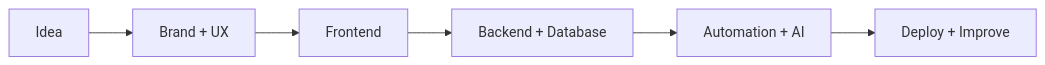
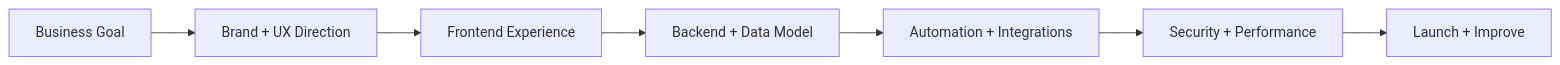
The diagram in README.md (mr-socialmedia/mr-socialmedia), drawn with Mermaid before and after one commit. The commit also changed other lines of this file, not shown here.

````diff
--- a/README.md
+++ b/README.md
@@ -99,8 +83,9 @@
 ```mermaid
 flowchart LR
-  A[Idea] --> B[Brand + UX]
-  B --> C[Frontend]
-  C --> D[Backend + Database]
-  D --> E[Automation + AI]
-  E --> F[Deploy + Improve]
+  A[Business Goal] --> B[Brand + UX Direction]
+  B --> C[Frontend Experience]
+  C --> D[Backend + Data Model]
+  D --> E[Automation + Integrations]
+  E --> F[Security + Performance]
+  F --> G[Launch + Improve]
 ```
````
